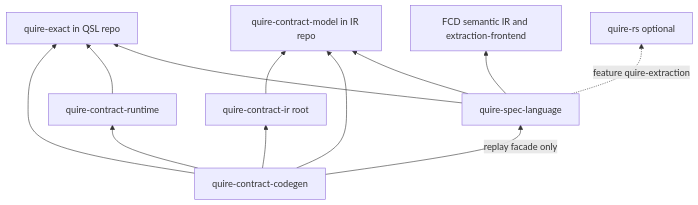
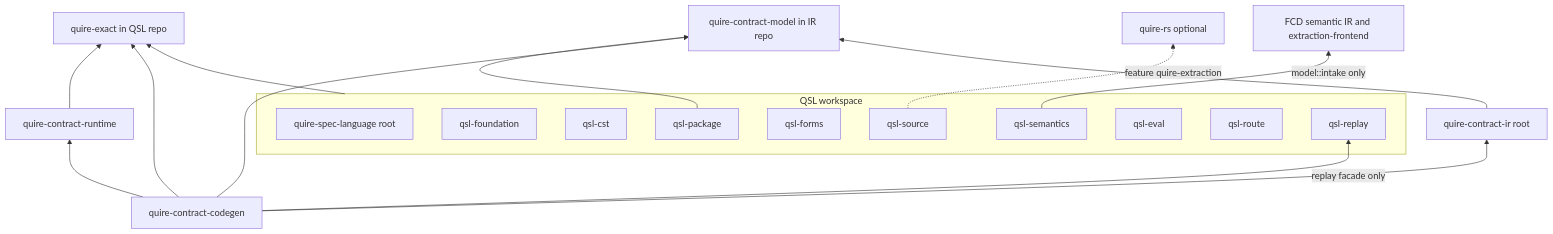
The second of 2 diagrams in spec/decisions/ADR-011-stage-dag-and-dependency-architecture.md (agent-ix/quire-spec-language), drawn with Mermaid before and after one commit. The commit also changed other lines of this file, not shown here.

First line of the commit message:
ADR-011: each §6.1 layer is its own workspace crate (QSL-176)

````diff
--- a/spec/decisions/ADR-011-stage-dag-and-dependency-architecture.md
+++ b/spec/decisions/ADR-011-stage-dag-and-dependency-architecture.md
@@ -771,22 +794,33 @@
 ```mermaid
 flowchart BT
   QX[quire-exact in QSL repo]
-  QSL[quire-spec-language]
+  subgraph QSLW[QSL workspace]
+    QSL[quire-spec-language root]
+    QFO[qsl-foundation]
+    QCS[qsl-cst]
+    QSO[qsl-source]
+    QFM[qsl-forms]
+    QSE[qsl-semantics]
+    QPK[qsl-package]
+    QEV[qsl-eval]
+    QRO[qsl-route]
+    QRP[qsl-replay]
+  end
   CM[quire-contract-model in IR repo]
   IR[quire-contract-ir root]
   RT[quire-contract-runtime]
   CG[quire-contract-codegen]
   FCD[FCD semantic IR and extraction-frontend]
   QRS[quire-rs optional]
-  QSL --> QX
-  QSL --> CM
-  QSL --> FCD
-  QSL -.->|feature quire-extraction| QRS
+  QSLW --> QX
+  QPK --> CM
+  QSE -->|model::intake only| FCD
+  QSO -.->|feature quire-extraction| QRS
   RT --> QX
   CG --> QX
   CG --> CM
   CG --> IR
   CG --> RT
-  CG -->|replay facade only| QSL
+  CG -->|replay facade only| QRP
   IR --> CM
 ```
````
